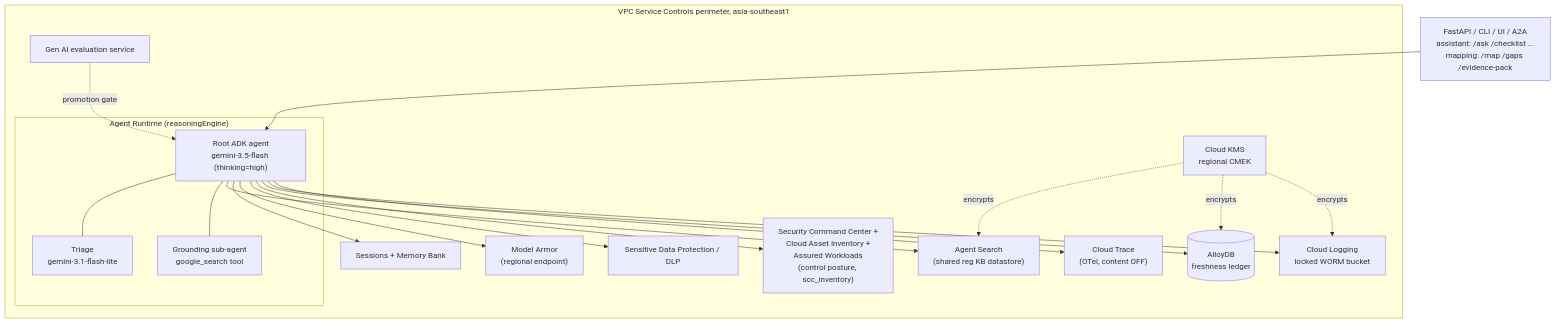
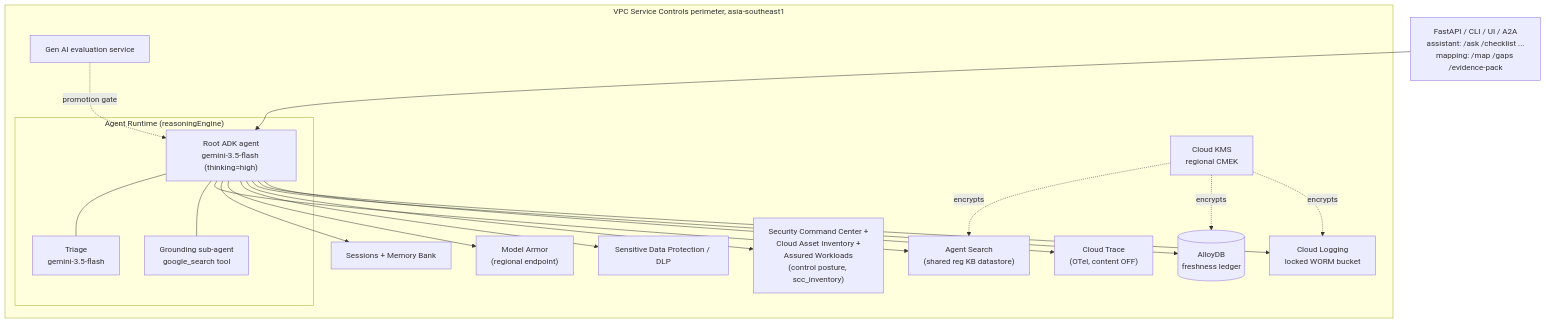
One commit to portable-genai/compliance-advisory changed the sixth of 8 diagrams in ARCHITECTURE.md. Above: the diagram before and after it, drawn with Mermaid. The commit also changed 5 other files, not shown here.

````diff
--- a/ARCHITECTURE.md
+++ b/ARCHITECTURE.md
@@ -354,36 +354,36 @@
 ```mermaid
 flowchart TB
     subgraph perimeter["VPC Service Controls perimeter, asia-southeast1"]
         subgraph runtime["Agent Runtime (reasoningEngine)"]
             ROOT["Root ADK agent<br/>gemini-3.5-flash (thinking=high)"]
-            TRIAGE["Triage<br/>gemini-3.1-flash-lite"]
+            TRIAGE["Triage<br/>gemini-3.5-flash"]
             GSUB["Grounding sub-agent<br/>google_search tool"]
             ROOT --- TRIAGE
             ROOT --- GSUB
         end
         SESS["Sessions + Memory Bank"]
         AS["Agent Search<br/>(shared reg KB datastore)"]
         ADB[("AlloyDB<br/>freshness ledger")]
         MA["Model Armor<br/>(regional endpoint)"]
         DLP["Sensitive Data Protection / DLP"]
         SCC["Security Command Center +<br/>Cloud Asset Inventory +<br/>Assured Workloads<br/>(control posture, scc_inventory)"]
         LOG["Cloud Logging<br/>locked WORM bucket"]
         TR["Cloud Trace<br/>(OTel, content OFF)"]
         EVAL["Gen AI evaluation service"]
         KMS["Cloud KMS<br/>regional CMEK"]
     end
 
     API["FastAPI / CLI / UI / A2A<br/>assistant: /ask /checklist ...<br/>mapping: /map /gaps /evidence-pack"] --> ROOT
     ROOT --> AS
     ROOT --> SESS
     ROOT --> MA
     ROOT --> DLP
     ROOT --> SCC
     ROOT --> ADB
     ROOT --> LOG
     ROOT --> TR
     EVAL -. promotion gate .-> ROOT
     KMS -. encrypts .-> AS
     KMS -. encrypts .-> ADB
     KMS -. encrypts .-> LOG
 ```
````
